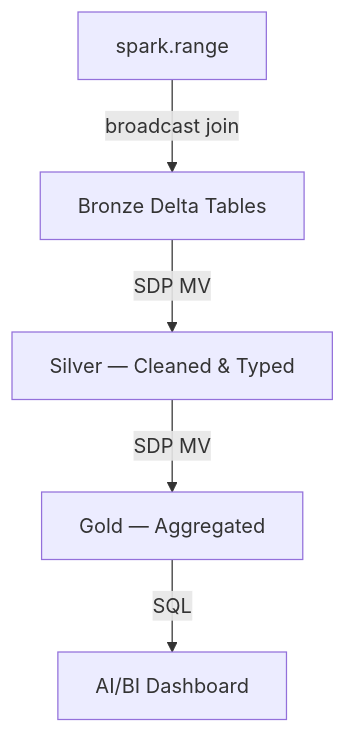
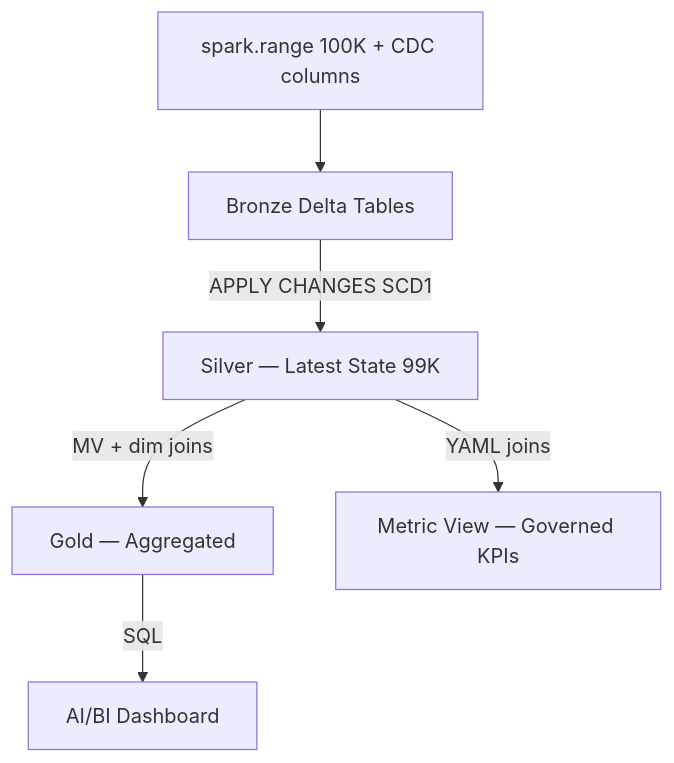
One commit to slysik/dbx-sa-build-demo-pitch changed the first of 2 diagrams in media_lakehouse/docs/architecture.md. Above: the diagram before and after it, drawn with Mermaid. The commit also changed other lines of this file and 13 other files, not shown here.

First line of the commit message:
media_lakehouse: CDC pipeline complete — Bronze CDC, APPLY CHANGES Silver, Gold MVs, metric view, dashboard

````diff
--- a/media_lakehouse/docs/architecture.md
+++ b/media_lakehouse/docs/architecture.md
@@ -13,7 +14,8 @@
 ```mermaid
 graph TD
-    GEN[spark.range] -->|broadcast join| BRONZE[Bronze Delta Tables]
-    BRONZE -->|SDP MV| SILVER[Silver — Cleaned & Typed]
-    SILVER -->|SDP MV| GOLD[Gold — Aggregated]
+    GEN[spark.range 100K + CDC columns] --> BRONZE[Bronze Delta Tables]
+    BRONZE -->|APPLY CHANGES SCD1| SILVER[Silver — Latest State 99K]
+    SILVER -->|MV + dim joins| GOLD[Gold — Aggregated]
     GOLD -->|SQL| DASH[AI/BI Dashboard]
+    SILVER -->|YAML joins| METRIC[Metric View — Governed KPIs]
 ```
````
